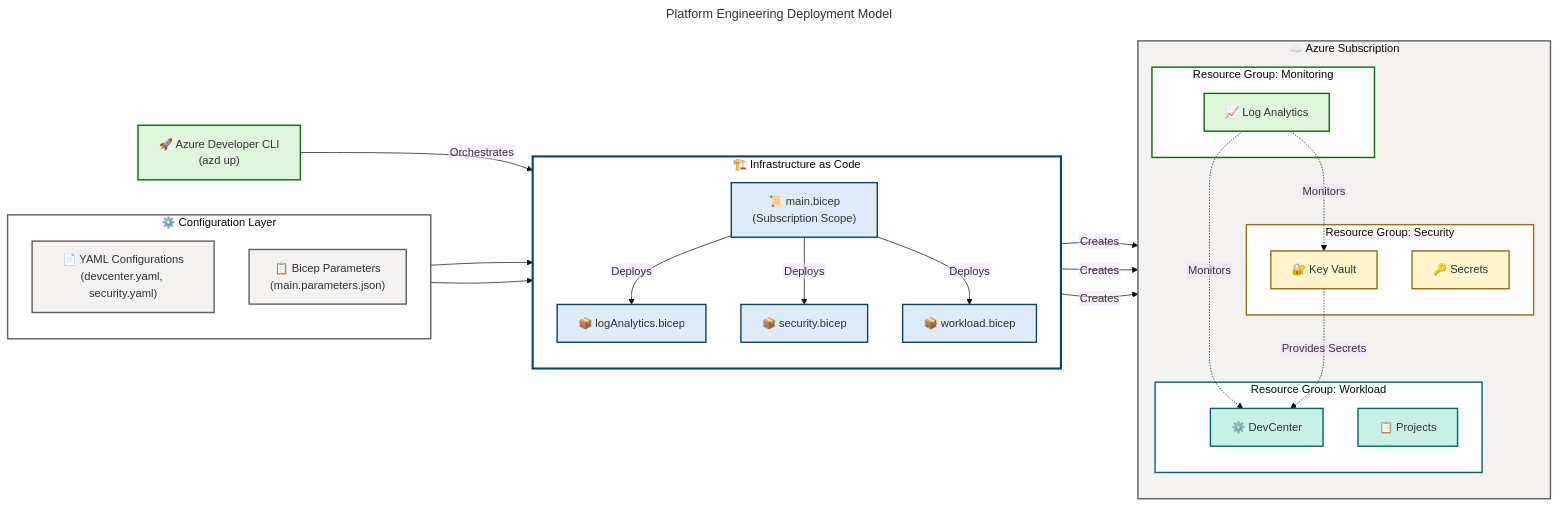
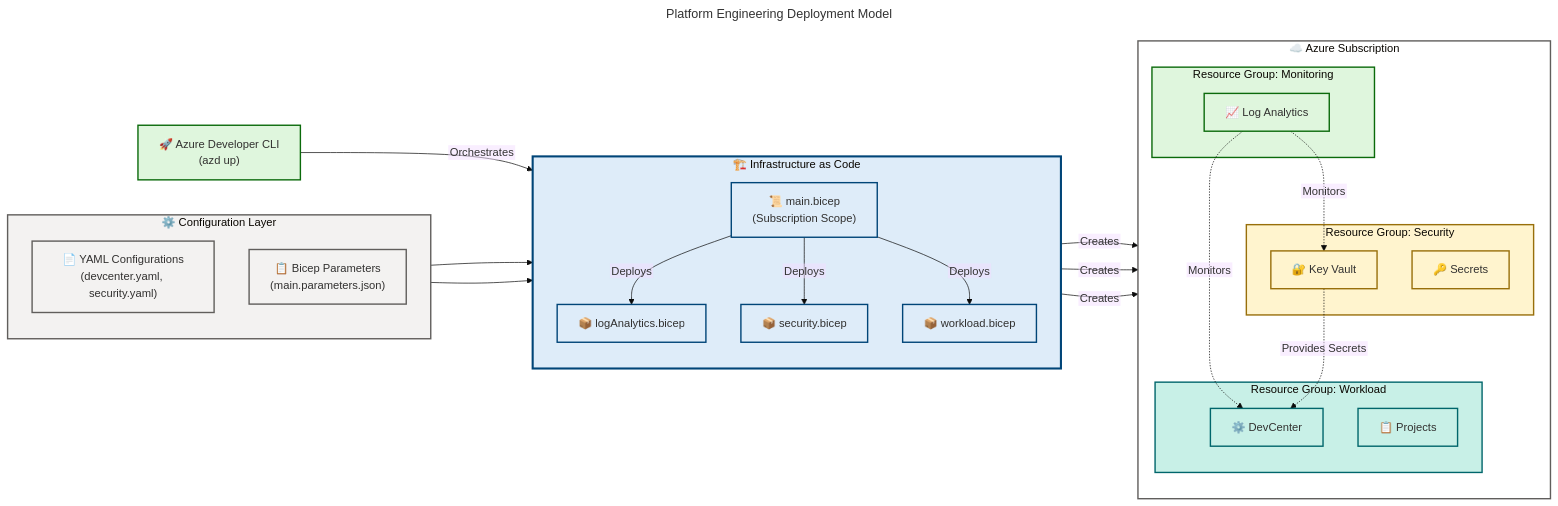
The second of 4 diagrams in docs/architecture/Platform-Engineering-BDAT.md (Evilazaro/DevExp-DevBox), drawn with Mermaid before and after one commit. The commit also changed other lines of this file and 1 other file, not shown here.

Commit message:
fix: update flowchart colors for semantic clarity in architecture documentation

````diff
--- a/docs/architecture/Platform-Engineering-BDAT.md
+++ b/docs/architecture/Platform-Engineering-BDAT.md
@@ -385,10 +386,11 @@
     classDef neutralGrey fill:#F3F2F1,stroke:#605E5C,stroke-width:2px,color:#323130
 
     %% Subgraph styling (7 subgraphs = 7 style directives) - MANDATORY per GATE-2
-    style ConfigLayer fill:#FFFFFF,stroke:#605E5C,stroke-width:2px
-    style IaCLayer fill:#FFFFFF,stroke:#004578,stroke-width:3px
-    style AzureEnv fill:#F3F2F1,stroke:#605E5C,stroke-width:2px
-    style WorkloadRG fill:#FFFFFF,stroke:#00666B,stroke-width:2px
-    style SecurityRG fill:#FFFFFF,stroke:#986F0B,stroke-width:2px
-    style MonitoringRG fill:#FFFFFF,stroke:#0B6A0B,stroke-width:2px
+    %% CRITICAL: Functional siblings use semantic colors matching content purpose
+    style ConfigLayer fill:#F3F2F1,stroke:#605E5C,stroke-width:2px
+    style IaCLayer fill:#DEECF9,stroke:#004578,stroke-width:3px
+    style AzureEnv fill:#FFFFFF,stroke:#605E5C,stroke-width:2px
+    style WorkloadRG fill:#C8F0E7,stroke:#00666B,stroke-width:2px
+    style SecurityRG fill:#FFF4CE,stroke:#986F0B,stroke-width:2px
+    style MonitoringRG fill:#DFF6DD,stroke:#0B6A0B,stroke-width:2px
 ```
````
